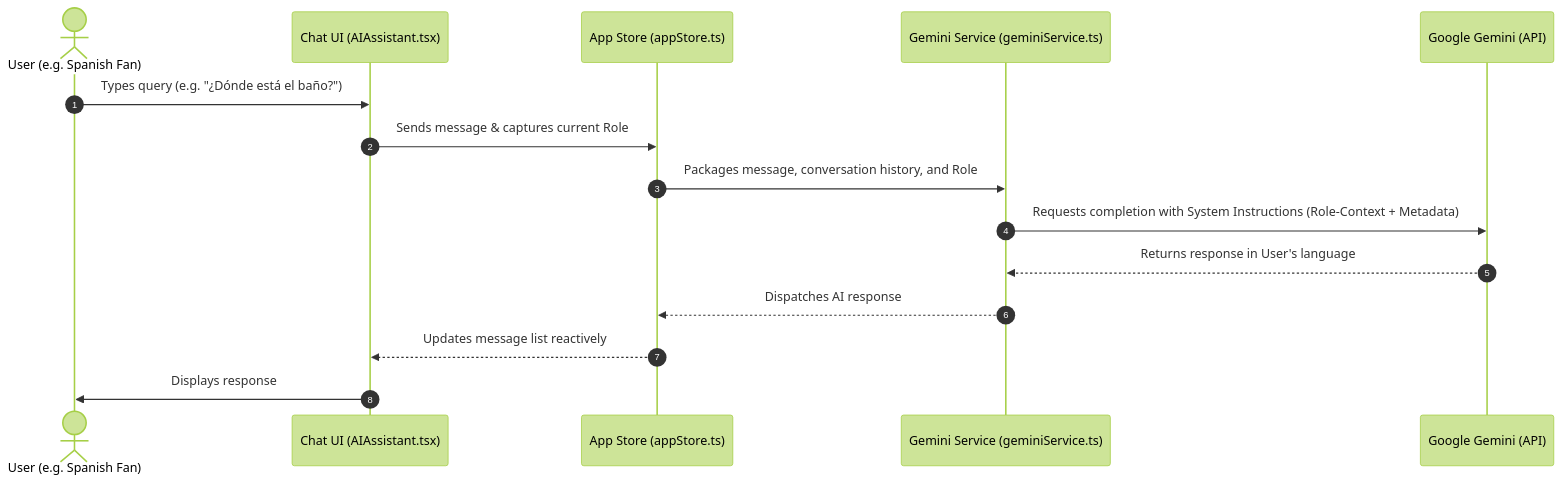
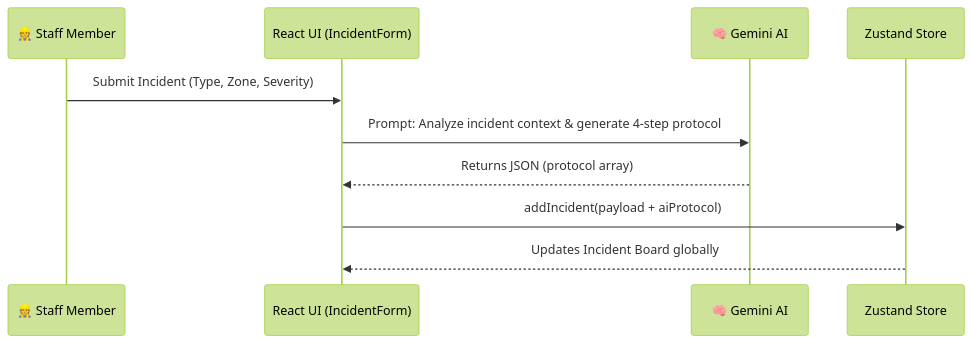
The first of 3 diagrams in README.md (AbdulRahmanGithb/STADIUMIQ), drawn with Mermaid (forest theme) before and after one commit. The commit also changed other lines of this file and 25 other files, not shown here.

````diff
--- a/README.md
+++ b/README.md
@@ -73,18 +23,13 @@
 ```mermaid
 sequenceDiagram
-    autonumber
-    actor User as User (e.g. Spanish Fan)
-    participant UI as Chat UI (AIAssistant.tsx)
-    participant Store as App Store (appStore.ts)
-    participant AI as Gemini Service (geminiService.ts)
-    participant LLM as Google Gemini (API)
-
-    User->>UI: Types query (e.g. "¿Dónde está el baño?")
-    UI->>Store: Sends message & captures current Role
-    Store->>AI: Packages message, conversation history, and Role
-    AI->>LLM: Requests completion with System Instructions (Role-Context + Metadata)
-    LLM-->>AI: Returns response in User's language
-    AI-->>Store: Dispatches AI response
-    Store-->>UI: Updates message list reactively
-    UI->>User: Displays response
+    participant Staff as 👷 Staff Member
+    participant UI as React UI (IncidentForm)
+    participant Gemini as 🧠 Gemini AI
+    participant Store as Zustand Store
+    
+    Staff->>UI: Submit Incident (Type, Zone, Severity)
+    UI->>Gemini: Prompt: Analyze incident context & generate 4-step protocol
+    Gemini-->>UI: Returns JSON (protocol array)
+    UI->>Store: addIncident(payload + aiProtocol)
+    Store-->>UI: Updates Incident Board globally
 ```
````
